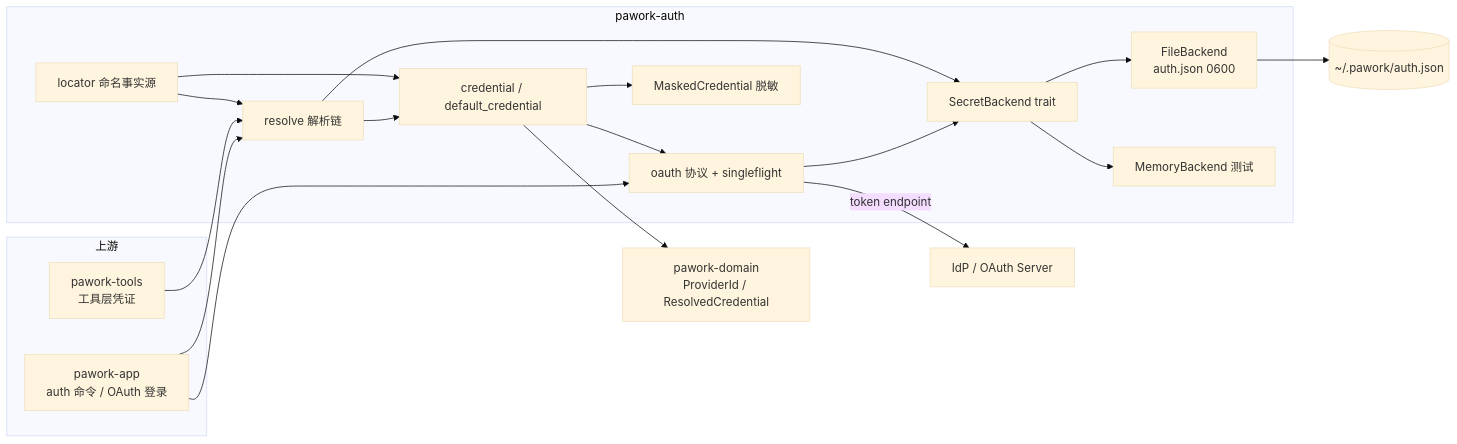
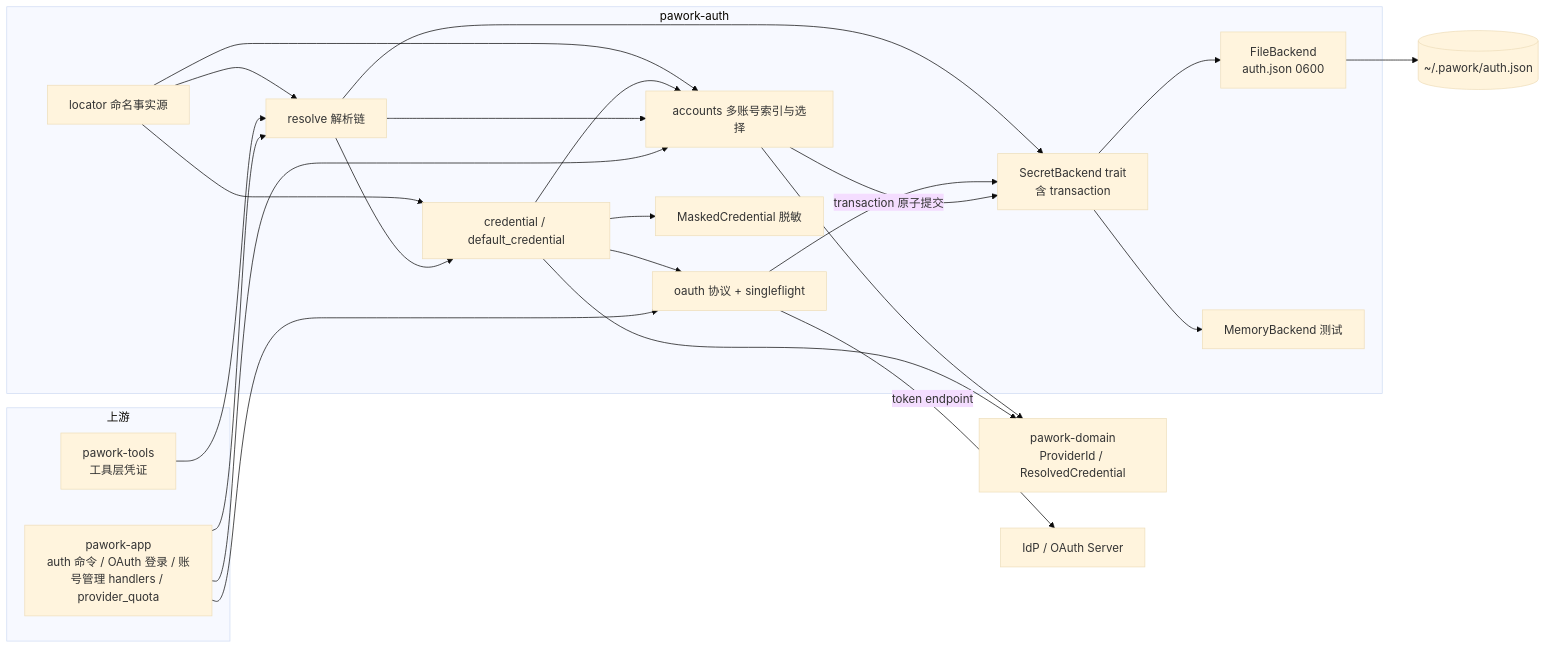
The diagram in docs/review/backend/auth.md (expcat/Pawork), drawn with Mermaid (base theme) before and after one commit. The commit also changed other lines of this file and 139 other files, not shown here.

````diff
--- a/docs/review/backend/auth.md
+++ b/docs/review/backend/auth.md
@@ -211,34 +251,41 @@
 ```mermaid
 graph LR
   subgraph 上游
-    APP[pawork-app<br/>auth 命令 / OAuth 登录]
+    APP[pawork-app<br/>auth 命令 / OAuth 登录 / 账号管理 handlers / provider_quota]
     TOOLS[pawork-tools<br/>工具层凭证]
   end
   subgraph pawork-auth
     LOCATOR[locator 命名事实源]
     RESOLVE[resolve 解析链]
+    ACCOUNTS[accounts 多账号索引与选择]
     CRED[credential / default_credential]
     OAUTH[oauth 协议 + singleflight]
-    BACK[SecretBackend trait]
+    BACK[SecretBackend trait<br/>含 transaction]
     FB[FileBackend<br/>auth.json 0600]
     MB[MemoryBackend 测试]
     MASK[MaskedCredential 脱敏]
   end
   DOMAIN[pawork-domain<br/>ProviderId / ResolvedCredential]
   AUTHJSON[(~/.pawork/auth.json)]
   APP --> RESOLVE
+  APP --> ACCOUNTS
   APP --> OAUTH
   TOOLS --> RESOLVE
+  RESOLVE --> ACCOUNTS
   RESOLVE --> CRED
+  CRED --> ACCOUNTS
+  ACCOUNTS -->|transaction 原子提交| BACK
   CRED --> OAUTH
   OAUTH --> BACK
   RESOLVE --> BACK
   CRED --> MASK
   LOCATOR --> RESOLVE
   LOCATOR --> CRED
+  LOCATOR --> ACCOUNTS
   BACK --> FB
   BACK --> MB
   FB --> AUTHJSON
   CRED --> DOMAIN
+  ACCOUNTS --> DOMAIN
   OAUTH -->|token endpoint| IDP[IdP / OAuth Server]
 ```
````
